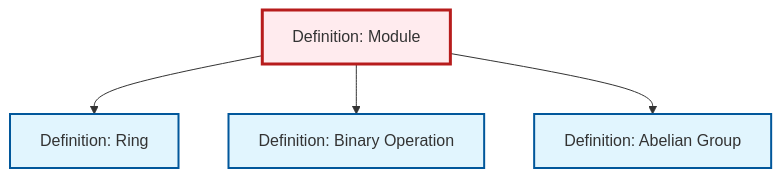
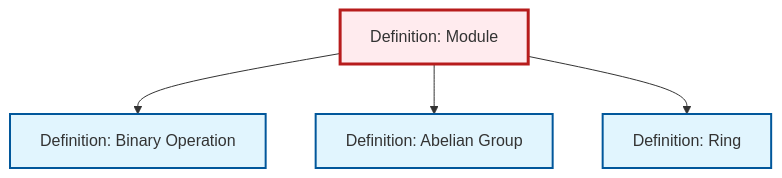
Before and after one commit to RK0429/ModernMath: the diagram in content/en/algebra/def-module.qmd, drawn with Mermaid. The commit also changed other lines of this file and 360 other files, not shown here.

````diff
--- a/content/en/algebra/def-module.qmd
+++ b/content/en/algebra/def-module.qmd
@@ -55,20 +55,20 @@
 ```{mermaid}
 %%| fig-cap: "Local dependency graph"
 graph TD
     classDef definition fill:#e1f5fe,stroke:#01579b,stroke-width:2px
     classDef theorem fill:#f3e5f5,stroke:#4a148c,stroke-width:2px
     classDef axiom fill:#fff3e0,stroke:#e65100,stroke-width:2px
     classDef example fill:#e8f5e9,stroke:#1b5e20,stroke-width:2px
     classDef current fill:#ffebee,stroke:#b71c1c,stroke-width:3px
-    def-module["Definition: Module"]:::definition
-    def-binary-operation["Definition: Binary Operation"]:::definition
     def-abelian-group["Definition: Abelian Group"]:::definition
     def-ring["Definition: Ring"]:::definition
-    def-module --> def-ring
+    def-binary-operation["Definition: Binary Operation"]:::definition
+    def-module["Definition: Module"]:::definition
     def-module --> def-binary-operation
     def-module --> def-abelian-group
+    def-module --> def-ring
     class def-module current
-    click def-binary-operation "def-binary-operation.html" "Go to Binary Operation definition"
     click def-abelian-group "def-abelian-group.html" "Go to Abelian Group definition"
     click def-ring "def-ring.html" "Go to Ring definition"
+    click def-binary-operation "def-binary-operation.html" "Go to Binary Operation definition"
 ```
````
